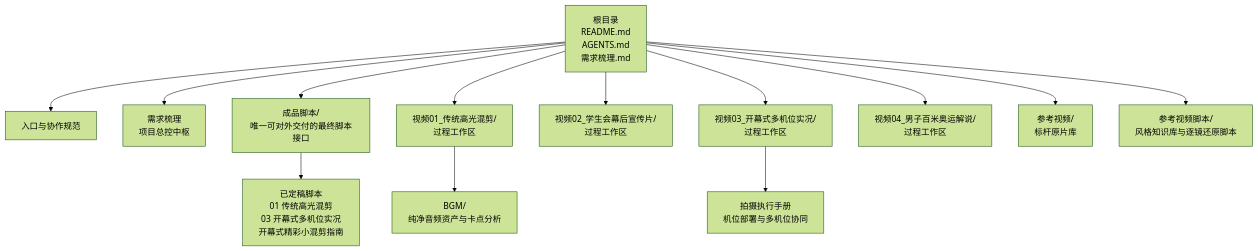
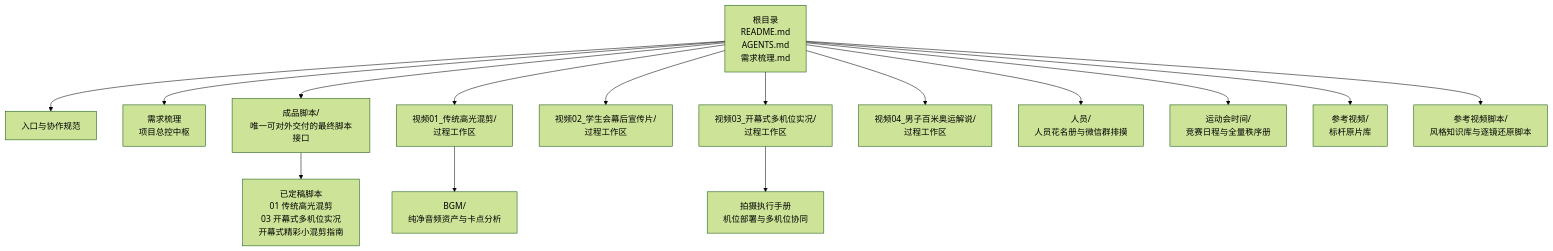
One commit to RS114514/2026SportsMeet changed the first of 5 diagrams in .qoder/repowiki/zh/content/工程目录与归档规范.md. Above: the diagram before and after it, drawn with Mermaid (forest theme). The commit also changed other lines of this file and 3 other files, not shown here.

````diff
--- a/.qoder/repowiki/zh/content/工程目录与归档规范.md
+++ b/.qoder/repowiki/zh/content/工程目录与归档规范.md
@@ -41,16 +42,18 @@
 ```mermaid
 graph TB
     Root["根目录<br/>README.md<br/>AGENTS.md<br/>需求梳理.md"] --> Entry["入口与协作规范"]
     Root --> Requirements["需求梳理<br/>项目总控中枢"]
     Root --> Final["成品脚本/<br/>唯一可对外交付的最终脚本接口"]
     Root --> Work01["视频01_传统高光混剪/<br/>过程工作区"]
     Root --> Work02["视频02_学生会幕后宣传片/<br/>过程工作区"]
     Root --> Work03["视频03_开幕式多机位实况/<br/>过程工作区"]
     Root --> Work04["视频04_男子百米奥运解说/<br/>过程工作区"]
+    Root --> Team["人员/<br/>人员花名册与微信群排摸"]
+    Root --> Schedule["运动会时间/<br/>竞赛日程与全量秩序册"]
     Root --> RefVideo["参考视频/<br/>标杆原片库"]
     Root --> RefScript["参考视频脚本/<br/>风格知识库与逐镜还原脚本"]
 
     Work01 --> BGM["BGM/<br/>纯净音频资产与卡点分析"]
     Work03 --> Manual["拍摄执行手册<br/>机位部署与多机位协同"]
     Final --> Deliverables["已定稿脚本<br/>01 传统高光混剪<br/>03 开幕式多机位实况<br/>开幕式精彩小混剪指南"]
 ```
````
